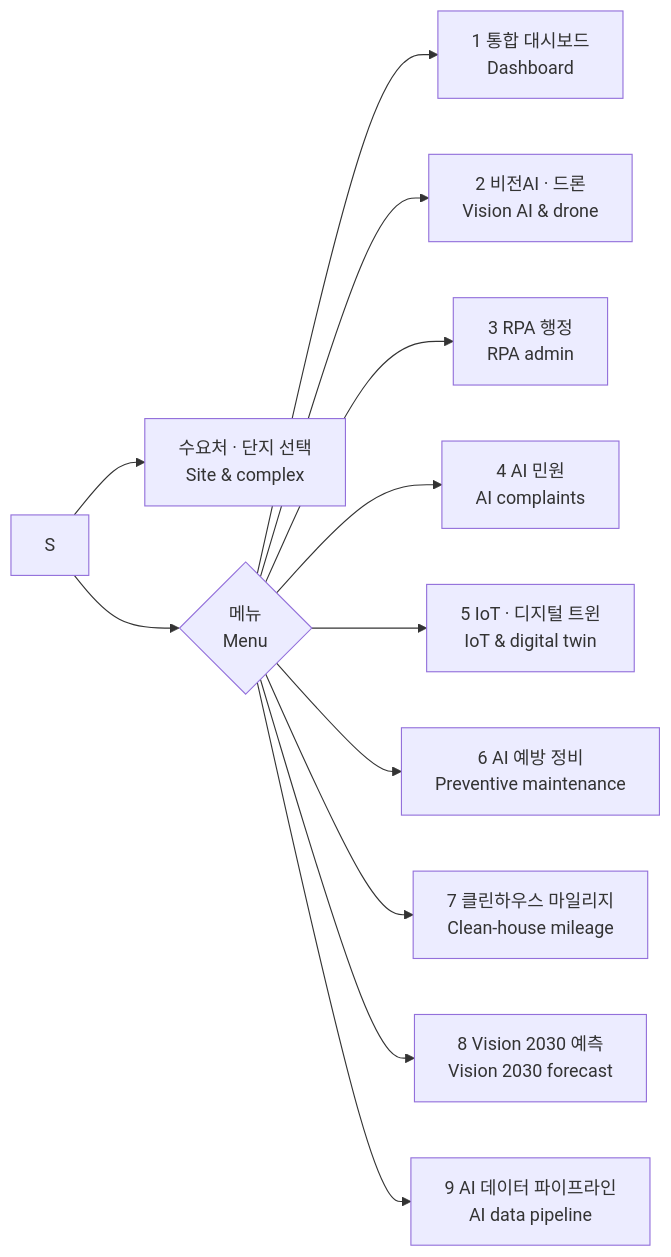
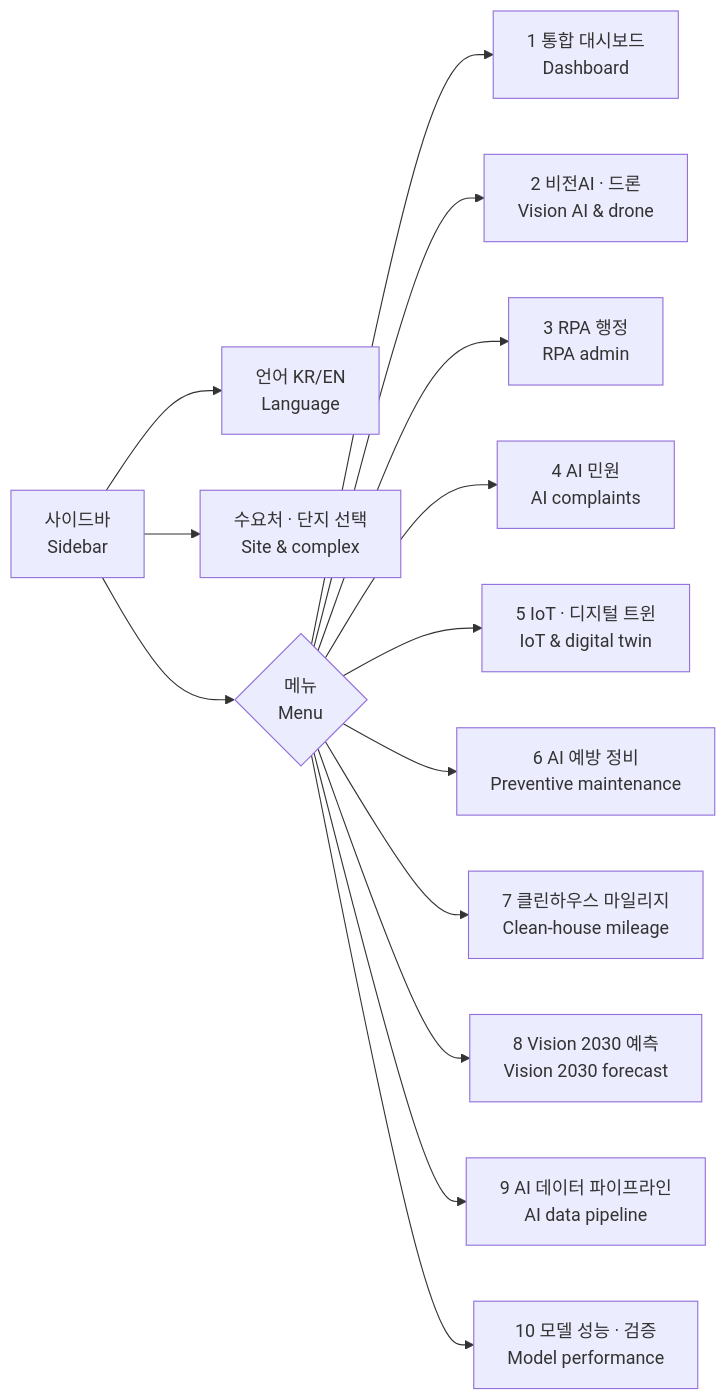
Before and after one commit to limpst/ax-sprint-prototype: the third of 12 diagrams in README.md, drawn with Mermaid. The commit also changed other lines of this file and 6 other files, not shown here.

````diff
--- a/README.md
+++ b/README.md
@@ -193,14 +202,16 @@
 ```mermaid
 flowchart LR
+    S["사이드바<br/>Sidebar"] --> L["언어 KR/EN<br/>Language"]
     S --> Q["수요처 · 단지 선택<br/>Site & complex"]
     S --> N{"메뉴<br/>Menu"}
     N --> P1["1 통합 대시보드<br/>Dashboard"]
     N --> P2["2 비전AI · 드론<br/>Vision AI & drone"]
     N --> P3["3 RPA 행정<br/>RPA admin"]
     N --> P4["4 AI 민원<br/>AI complaints"]
     N --> P5["5 IoT · 디지털 트윈<br/>IoT & digital twin"]
     N --> P6["6 AI 예방 정비<br/>Preventive maintenance"]
     N --> P7["7 클린하우스 마일리지<br/>Clean-house mileage"]
     N --> P8["8 Vision 2030 예측<br/>Vision 2030 forecast"]
     N --> P9["9 AI 데이터 파이프라인<br/>AI data pipeline"]
+    N --> P10["10 모델 성능 · 검증<br/>Model performance"]
 ```
````
